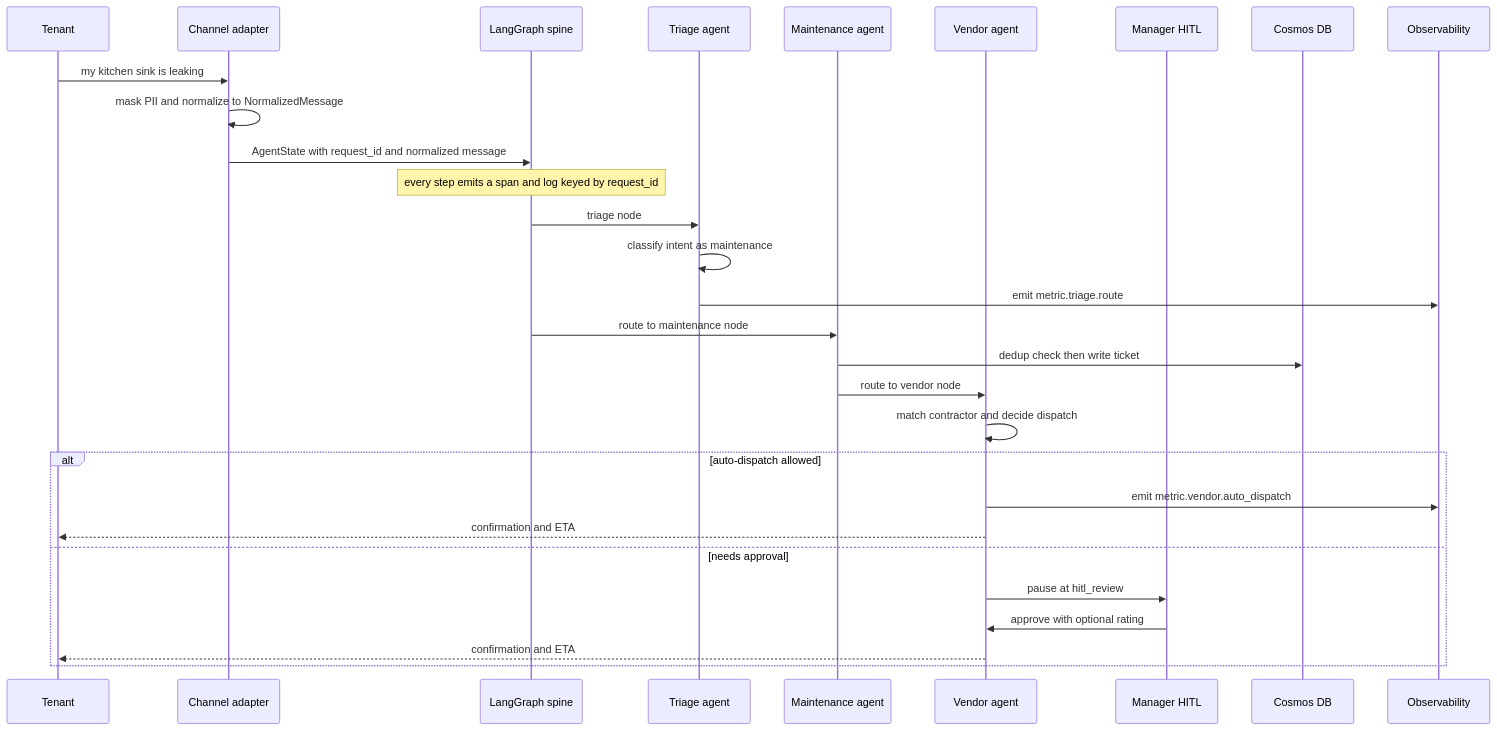
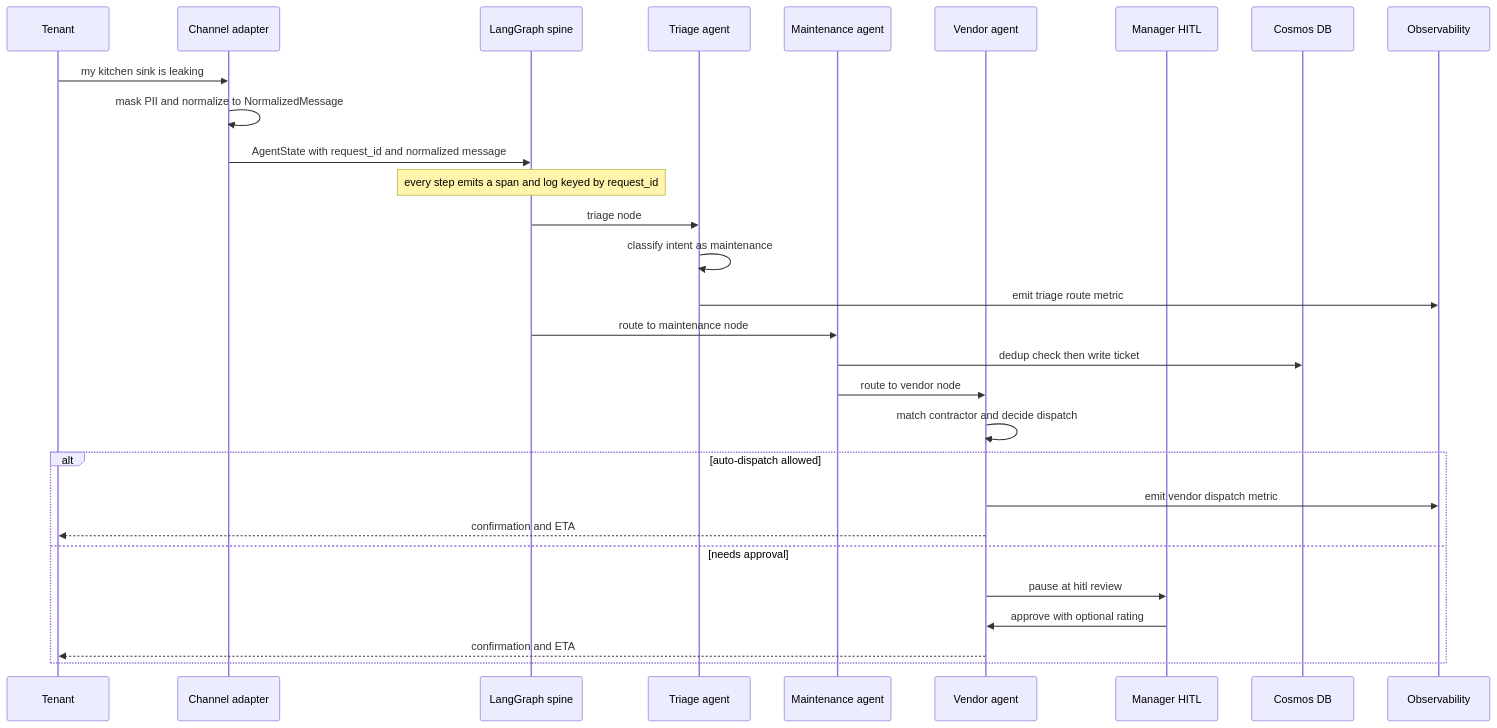
Before and after one commit to dharmendra-verma/CondoManager: the second of 2 diagrams in docs/ARCHITECTURE.md, drawn with Mermaid. The commit also changed other lines of this file, not shown here.

Commit message:
docs: fix remaining VS Code Mermaid rendering issues in ARCHITECTURE.md
Two root causes:
- Slashes in flowchart node label: OBS[App Insights / LangSmith / Langfuse]
  -> renamed to OBS[Observability]
- Dots in sequence diagram message text: metric.triage.route, metric.vendor.auto_dispatch
  -> replaced with plain English descriptions

````diff
--- a/docs/ARCHITECTURE.md
+++ b/docs/ARCHITECTURE.md
@@ -79,32 +79,32 @@
 ```mermaid
 sequenceDiagram
     participant T as Tenant
     participant CH as Channel adapter
     participant GR as LangGraph spine
     participant TR as Triage agent
     participant MA as Maintenance agent
     participant VE as Vendor agent
     participant HU as Manager HITL
     participant DB as Cosmos DB
     participant OB as Observability
 
     T->>CH: my kitchen sink is leaking
     CH->>CH: mask PII and normalize to NormalizedMessage
     CH->>GR: AgentState with request_id and normalized message
     Note over GR: every step emits a span and log keyed by request_id
     GR->>TR: triage node
     TR->>TR: classify intent as maintenance
-    TR->>OB: emit metric.triage.route
+    TR->>OB: emit triage route metric
     GR->>MA: route to maintenance node
     MA->>DB: dedup check then write ticket
     MA->>VE: route to vendor node
     VE->>VE: match contractor and decide dispatch
     alt auto-dispatch allowed
-        VE->>OB: emit metric.vendor.auto_dispatch
+        VE->>OB: emit vendor dispatch metric
         VE-->>T: confirmation and ETA
     else needs approval
-        VE->>HU: pause at hitl_review
+        VE->>HU: pause at hitl review
         HU->>VE: approve with optional rating
         VE-->>T: confirmation and ETA
     end
 ```
````
